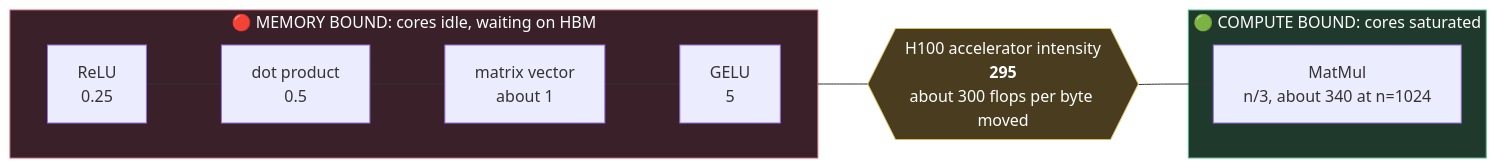
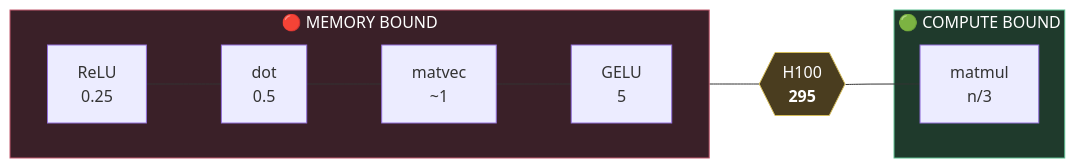
One commit to yaojiejia/mynotes changed the third of 6 diagrams in mynotes/cs336/2. Resource Accounting.md. Above: the diagram before and after it, drawn with Mermaid. The commit also changed other lines of this file and 8 other files, not shown here.

````diff
--- a/mynotes/cs336/2. Resource Accounting.md
+++ b/mynotes/cs336/2. Resource Accounting.md
@@ -313,16 +263,16 @@
 ```mermaid
 flowchart LR
-    subgraph MB ["🔴 MEMORY BOUND: cores idle, waiting on HBM"]
+    subgraph MB ["🔴 MEMORY BOUND"]
         direction LR
-        R["ReLU<br/>0.25"] --- D["dot product<br/>0.5"] --- MV["matrix vector<br/>about 1"] --- G["GELU<br/>5"]
+        R["ReLU<br/>0.25"] --- D["dot<br/>0.5"] --- MV["matvec<br/>~1"] --- G["GELU<br/>5"]
     end
-    K{{"H100 accelerator intensity<br/><b>295</b><br/>about 300 flops per byte moved"}}
-    subgraph CB ["🟢 COMPUTE BOUND: cores saturated"]
-        MM["MatMul<br/>n/3, about 340 at n=1024"]
+    K{{"H100<br/><b>295</b>"}}
+    subgraph CB ["🟢 COMPUTE BOUND"]
+        MM["matmul<br/>n/3"]
     end
     G --- K --- MM
 
     style MB fill:#3a2028,stroke:#c25b6f,color:#fff
     style CB fill:#1f3a2c,stroke:#5bbd8f,color:#fff
     style K fill:#4a3d1f,stroke:#d5bd5b,color:#fff
 ```
````
